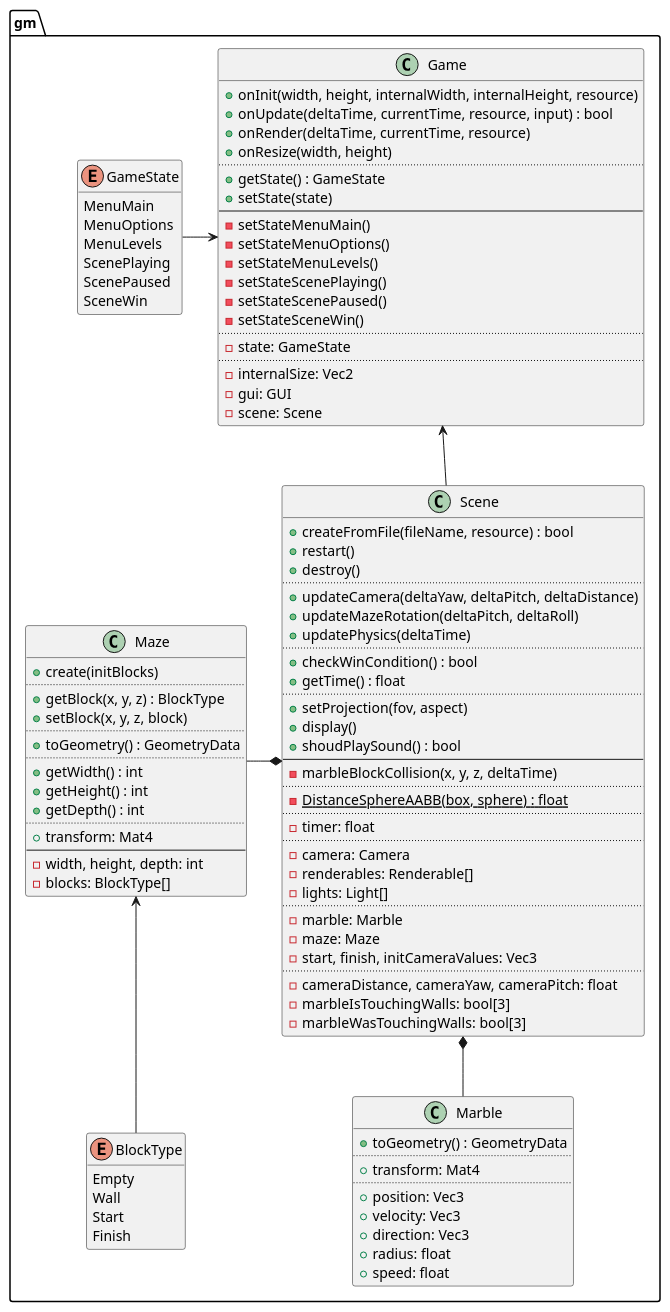
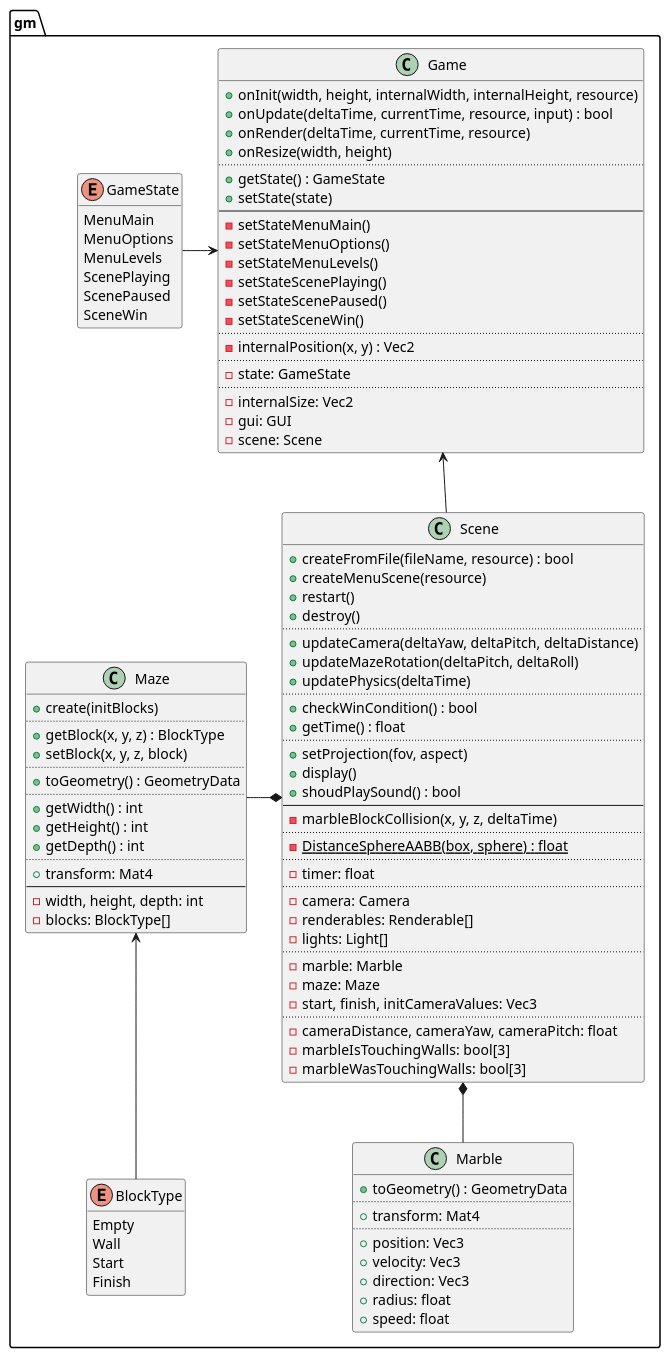
One commit to ba6er/marblemaze changed the diagram in design/uml/gm.puml. Above: the diagram before and after it, drawn with PlantUML. The commit also changed 9 other files, not shown here.

Commit message:
Added Renderable:tag, Scene::createMenuScene, Game::internalPosition

```diff
--- a/design/uml/gm.puml
+++ b/design/uml/gm.puml
@@ -1,118 +1,121 @@
 @startuml
 set separator ::
 
 enum gm::GameState {
 	MenuMain
 	MenuOptions
 	MenuLevels
 	ScenePlaying
 	ScenePaused
 	SceneWin
 }
 hide GameState methods
 
 class gm::Game {
 	+onInit(width, height, internalWidth, internalHeight, resource)
 	+onUpdate(deltaTime, currentTime, resource, input) : bool
 	+onRender(deltaTime, currentTime, resource)
 	+onResize(width, height)
 	..
 	+getState() : GameState
 	+setState(state)
 	--
 	-setStateMenuMain()
 	-setStateMenuOptions()
 	-setStateMenuLevels()
 	-setStateScenePlaying()
 	-setStateScenePaused()
 	-setStateSceneWin()
 	..
+	-internalPosition(x, y) : Vec2
+	..
 	-state: GameState
 	..
 	-internalSize: Vec2
 	-gui: GUI
 	-scene: Scene
 }
 
 class gm::Scene {
 	+createFromFile(fileName, resource) : bool
+	+createMenuScene(resource)
 	+restart()
 	+destroy()
 	..
 	+updateCamera(deltaYaw, deltaPitch, deltaDistance)
 	+updateMazeRotation(deltaPitch, deltaRoll)
 	+updatePhysics(deltaTime)
 	..
 	+checkWinCondition() : bool
 	+getTime() : float
 	..
 	+setProjection(fov, aspect)
 	+display()
 	+shoudPlaySound() : bool
 	--
 	-marbleBlockCollision(x, y, z, deltaTime)
 	..
 	{static} -DistanceSphereAABB(box, sphere) : float
 	..
 	-timer: float
 	..
 	-camera: Camera
 	-renderables: Renderable[]
 	-lights: Light[]
 	..
 	-marble: Marble
 	-maze: Maze
 	-start, finish, initCameraValues: Vec3
 	..
 	-cameraDistance, cameraYaw, cameraPitch: float
 	-marbleIsTouchingWalls: bool[3]
 	-marbleWasTouchingWalls: bool[3]
 }
 
 enum gm::BlockType {
 	Empty
 	Wall
 	Start
 	Finish
 }
 hide BlockType methods
 
 class gm::Maze {
 	+create(initBlocks)
 	..
 	+getBlock(x, y, z) : BlockType
 	+setBlock(x, y, z, block)
 	..
 	+toGeometry() : GeometryData
 	..
 	+getWidth() : int
 	+getHeight() : int
 	+getDepth() : int
 	..
 	+transform: Mat4
 	--
 	-width, height, depth: int
 	-blocks: BlockType[]
 }
 
 class gm::Marble {
 	+toGeometry() : GeometryData
 	..
 	+transform: Mat4
 	..
 	+position: Vec3
 	+velocity: Vec3
 	+direction: Vec3
 	+radius: float
 	+speed: float
 }
 
 Maze <-down- BlockType
 
 Scene *-left- Maze
 Scene *-down- Marble
 
 Game <-left- GameState
 Game <-- Scene
 
 @enduml
```
